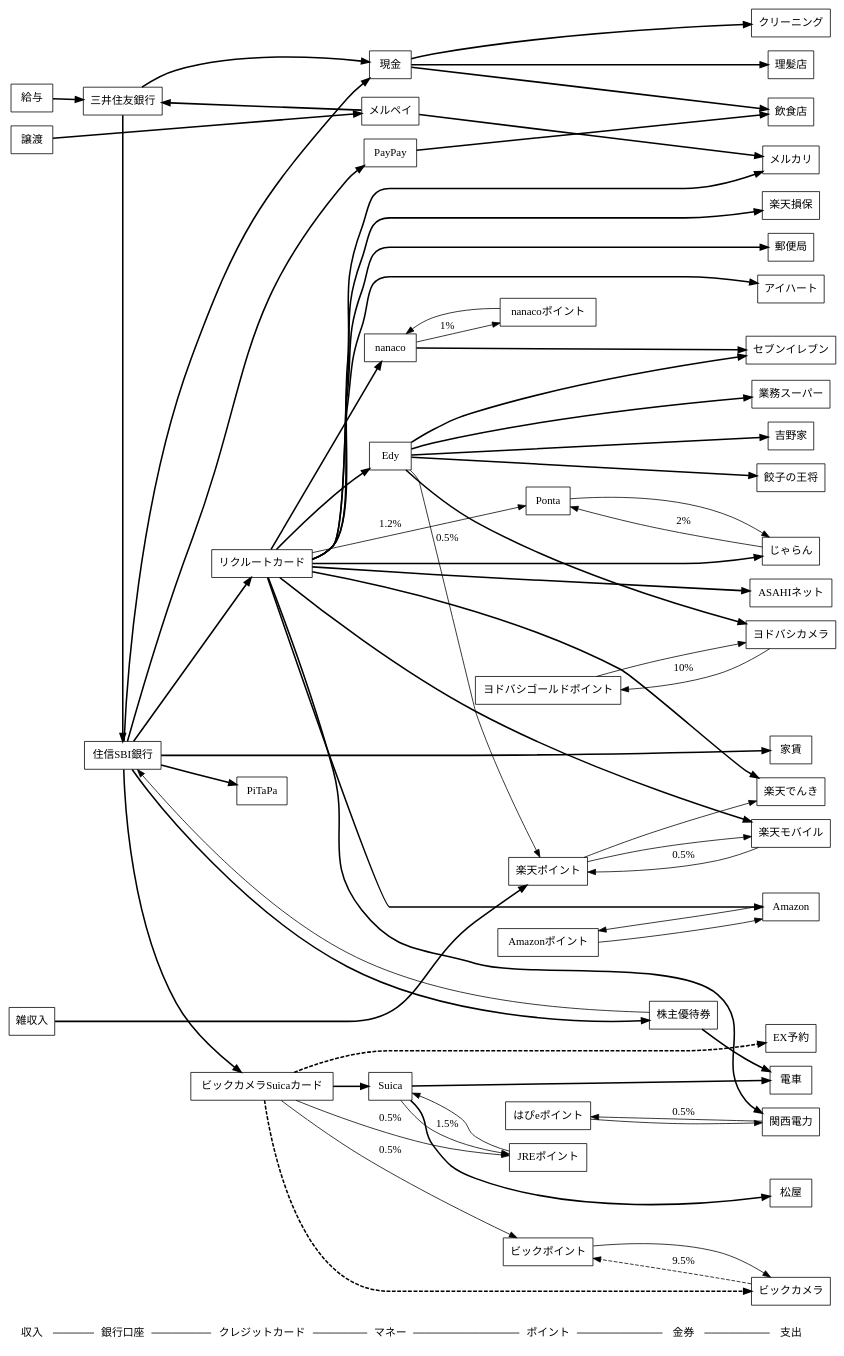
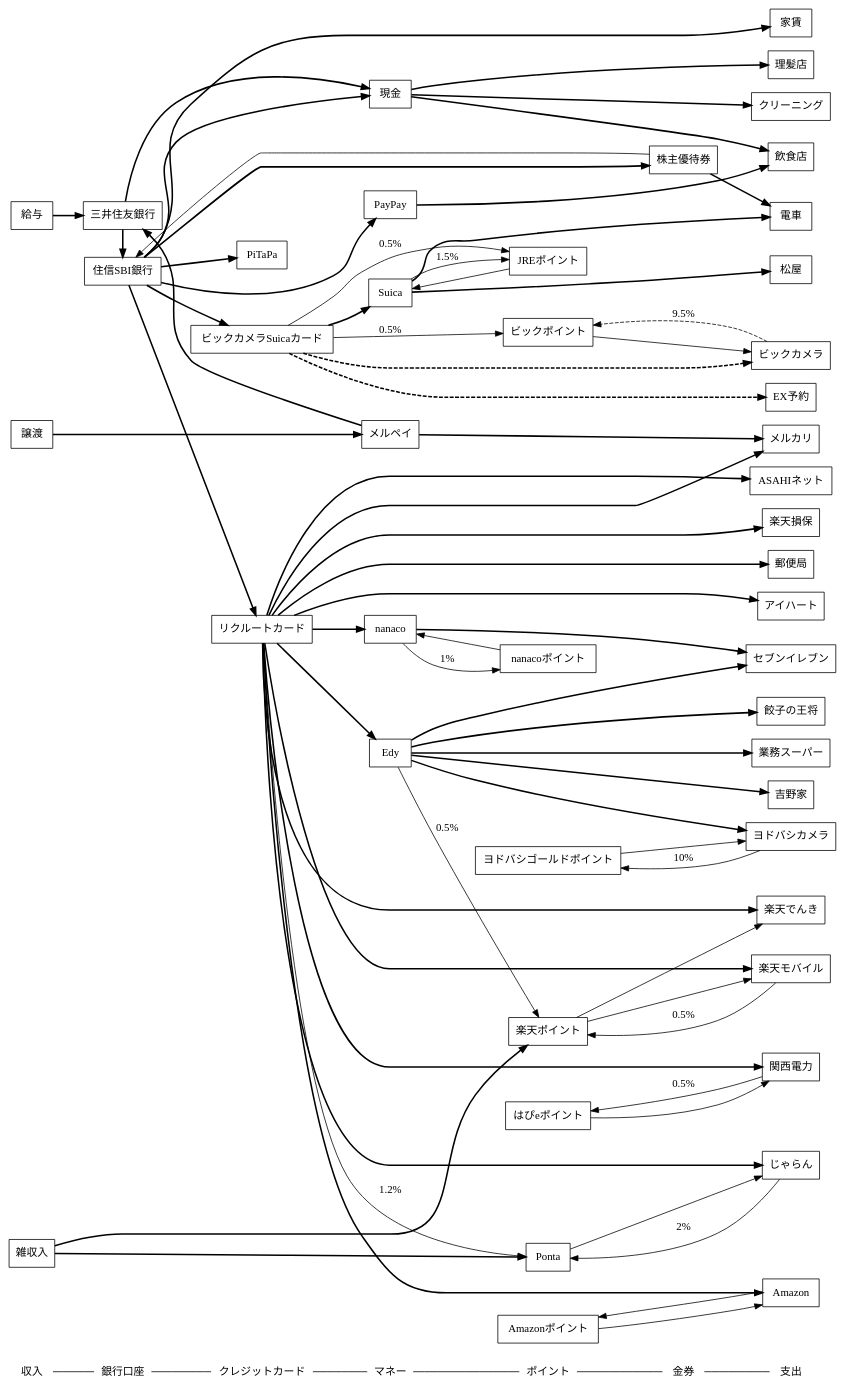
The diagram in moneyflow.dot (saireya/moneyflow), drawn with Graphviz before and after one commit. The commit also changed 1 other file, not shown here.

Commit message:
Added edge income to Ponta

```diff
--- a/moneyflow.dot
+++ b/moneyflow.dot
@@ -1,163 +1,164 @@
 // dot -Tsvg moneyflow.dot -o moneyflow.svg
 // edge: bold: 支出, solid: 還元(label:還元率), dashed: Obsolete
 digraph "MoneyFlow"
 {
 	graph [ rankdir = LR ];
 	node [ shape = box ];
 
 	"収入", "銀行口座", "クレジットカード", "マネー", "ポイント", "金券", "支出" [shape = none];
 	"収入" -> "銀行口座" -> "クレジットカード" -> "マネー" -> "ポイント" -> "金券" -> "支出" [arrowhead = none];
 	{
 		rank = same; "収入";
 		給与;
 		譲渡;
 		雑収入;
 	}
 
 	{
 		rank = same; "銀行口座";
 		三井住友銀行;
 		住信SBI銀行;
 	}
 
 	{
 		rank = same; "クレジットカード";
 		ビックカメラSuicaカード;
 		リクルートカード;
 		PiTaPa;
 	}
 
 	{
 		rank = same; "マネー";
 		Suica;
 		現金;
 		nanaco;
 		Edy;
 		PayPay;
 		メルペイ;
 	}
 
 	{
 		rank = same; "ポイント";
 		// 共通ポイント
 		Ponta;
 		楽天ポイント;
 		// クレジットカード関係
 		JREポイント;
 		// 独自ポイント
 		ビックポイント;
 		Amazonポイント;
 		nanacoポイント;
 		ヨドバシゴールドポイント;
 		はぴeポイント;
 	}
 
 	{
 		rank = same; "金券";
 		株主優待券;
 	}
 
 	{
 		rank = same; "支出";
 		家賃;
 		// コンビニ
 		セブンイレブン;
 		// 交通
 		電車;
 		// インフラ
 		ASAHIネット;
 		楽天モバイル;
 		楽天でんき;
 		関西電力;
 		楽天損保;
 		郵便局;
 		// 店舗
 		アイハート;
 		ビックカメラ;
 		ヨドバシカメラ;
 		餃子の王将;
 		飲食店;
 		業務スーパー;
 		松屋;
 		吉野家;
 		理髪店;
 		クリーニング;
 		// ネット
 		Amazon;
 		EX予約;
 		じゃらん;
 		メルカリ;
 	}
 
 	// SMBC
 	給与 -> 三井住友銀行 [style="bold", weight=100];
 	三井住友銀行 -> 現金, 住信SBI銀行 [style="bold", weight=100];
 
 	// ビックカメラSuicaカード
 	ビックカメラSuicaカード -> JREポイント [label="0.5%"];
 	ビックカメラSuicaカード -> ビックカメラ [style="bold,dashed", weight=100];
 	ビックカメラ -> ビックポイント [style="dashed", label="9.5%"];
 	ビックカメラSuicaカード -> ビックポイント [label="0.5%"]
 	ビックポイント -> ビックカメラ;
 	ビックカメラSuicaカード -> Suica -> 電車 [style="bold", weight=100];
 	Suica -> 松屋 [style="bold", weight=100];
 	ビックカメラSuicaカード -> EX予約 [style="bold,dashed", weight=100];
 	Suica -> JREポイント [label="1.5%"];
 	JREポイント -> Suica;
 
 	// 住信SBI
 	住信SBI銀行 -> 現金 [style="bold", weight=100];
 	住信SBI銀行 -> 家賃 [style="bold", weight=100];
 	住信SBI銀行 -> ビックカメラSuicaカード, リクルートカード, PiTaPa [style="bold", weight=100];
 	住信SBI銀行 -> PayPay [style="bold", weight=100];
 	PayPay -> 飲食店 [style="bold", weight=100];
 	住信SBI銀行 -> 株主優待券 [style="bold", weight=100];
 	株主優待券 -> 電車 [style="bold", weight=100];
 	株主優待券 -> 住信SBI銀行;
 
 	// リクルートカード
 	リクルートカード -> ASAHIネット [style="bold", weight=100];
 	リクルートカード -> Amazon [style="bold", weight=100];
 	リクルートカード -> じゃらん [style="bold", weight=100];
 	リクルートカード -> アイハート [style="bold", weight=100];
 	リクルートカード -> 関西電力 [style="bold", weight=100];
 	関西電力 -> はぴeポイント [label="0.5%"];
 	はぴeポイント -> 関西電力;
 	リクルートカード -> 楽天でんき [style="bold", weight=100];
 	リクルートカード -> 楽天損保 [style="bold", weight=100];
 	リクルートカード -> 楽天モバイル [style="bold", weight=100];
 	楽天モバイル -> 楽天ポイント [label="0.5%"];
 	楽天ポイント -> 楽天モバイル, 楽天でんき;
 	リクルートカード -> Edy [style="bold", weight=100];
 	Edy -> ヨドバシカメラ [style="bold", weight=100];
 	ヨドバシカメラ -> ヨドバシゴールドポイント [label="10%"];
 	ヨドバシゴールドポイント -> ヨドバシカメラ;
 	Edy -> 吉野家 [style="bold", weight=100];
 	Edy -> 楽天ポイント [label="0.5%"];
 	リクルートカード -> Ponta [label="1.2%"];
 	Ponta -> じゃらん;
 	じゃらん -> Ponta [label="2%"];
 	Amazon -> Amazonポイント -> Amazon;
 	リクルートカード -> nanaco [style="bold", weight=100];
 	nanaco -> セブンイレブン [style="bold", weight=100];
 	nanaco -> nanacoポイント [label="1%"];
 	nanacoポイント -> nanaco;
 	Edy -> 業務スーパー [style="bold", weight=100];
 	Edy -> 餃子の王将 [style="bold", weight=100];
 	リクルートカード -> 郵便局 [style="bold", weight=100];
 	Edy -> セブンイレブン [style="bold", weight=100];
 
 	// 現金
 	現金 -> 飲食店 [style="bold", weight=100];
 	現金 -> 理髪店 [style="bold", weight=100];
 	現金 -> クリーニング [style="bold", weight=100];
 
 	// 譲渡
 	譲渡 -> メルペイ [style="bold", weight=100];
 	メルペイ -> メルカリ [style="bold", weight=100];
 	メルペイ -> 三井住友銀行 [style="bold", weight=100];
 	リクルートカード -> メルカリ [style="bold", weight=100];
 
 	// 雑収入
 	雑収入 -> 楽天ポイント [style="bold", weight=100];
+	雑収入 -> Ponta [style="bold", weight=100];
 }
```
